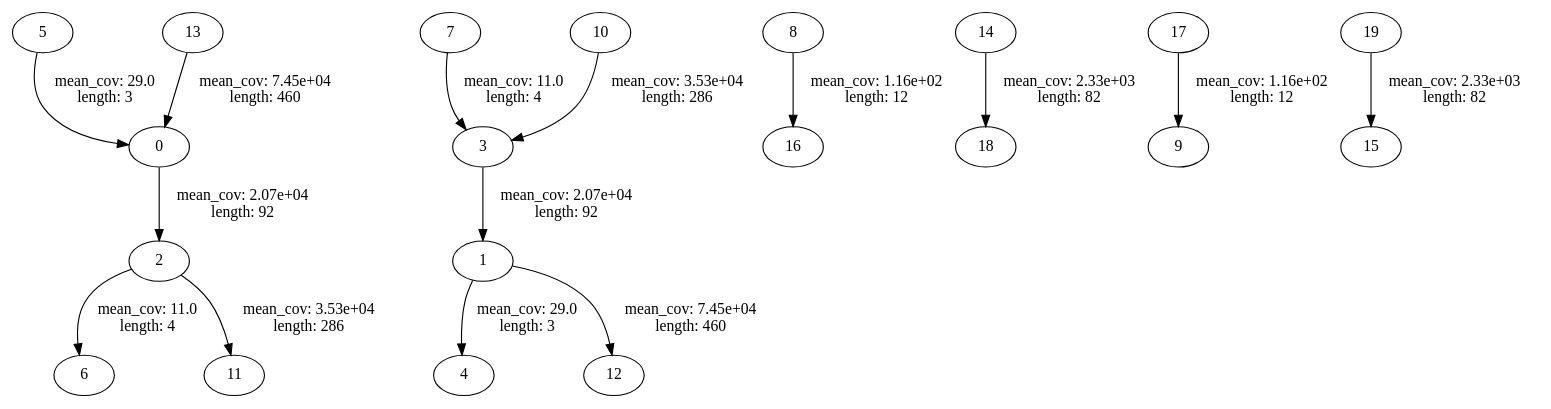
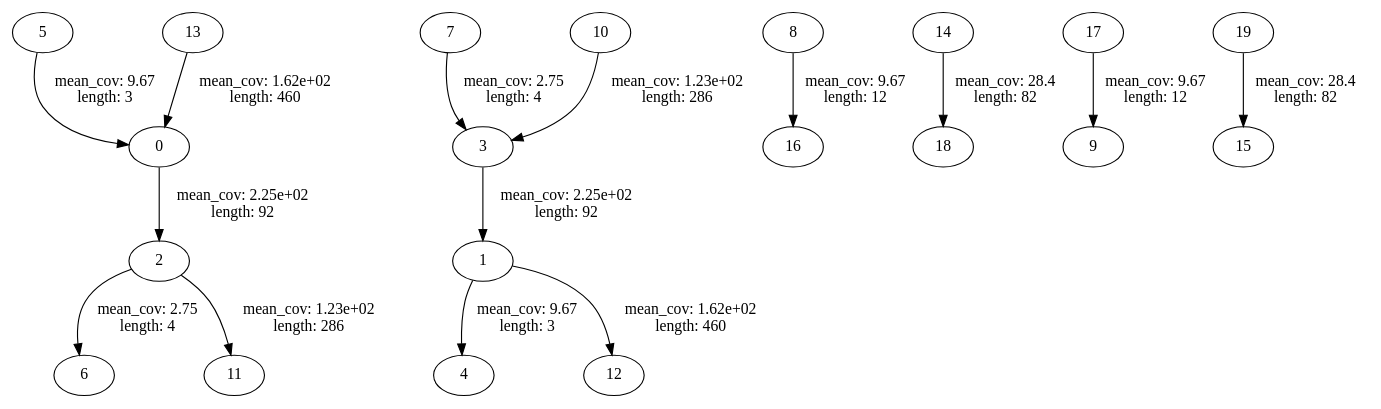
Before and after one commit to isheshukov/bioinf-ngs-course: the diagram in hw5/data/s_6.first1000.dot, drawn with Graphviz. The commit also changed 21 other files, not shown here.

```diff
--- a/hw5/data/s_6.first1000.dot
+++ b/hw5/data/s_6.first1000.dot
@@ -1,58 +1,58 @@
 strict digraph "" {
-	0 -> 2	 [label="mean_cov: 2.07e+04
+	0 -> 2	 [label="mean_cov: 2.25e+02
  length: 92",
 		length=92,
 		mean_cov=224.6195652173913];
-	1 -> 4	 [label="mean_cov: 29.0
+	1 -> 4	 [label="mean_cov: 9.67
  length: 3",
 		length=3,
 		mean_cov=9.666666666666666];
-	1 -> 12	 [label="mean_cov: 7.45e+04
+	1 -> 12	 [label="mean_cov: 1.62e+02
  length: 460",
 		length=460,
 		mean_cov=161.90652173913043];
-	2 -> 6	 [label="mean_cov: 11.0
+	2 -> 6	 [label="mean_cov: 2.75
  length: 4",
 		length=4,
 		mean_cov=2.75];
-	2 -> 11	 [label="mean_cov: 3.53e+04
+	2 -> 11	 [label="mean_cov: 1.23e+02
  length: 286",
 		length=286,
 		mean_cov=123.48251748251748];
-	3 -> 1	 [label="mean_cov: 2.07e+04
+	3 -> 1	 [label="mean_cov: 2.25e+02
  length: 92",
 		length=92,
 		mean_cov=224.6195652173913];
-	5 -> 0	 [label="mean_cov: 29.0
+	5 -> 0	 [label="mean_cov: 9.67
  length: 3",
 		length=3,
 		mean_cov=9.666666666666666];
-	7 -> 3	 [label="mean_cov: 11.0
+	7 -> 3	 [label="mean_cov: 2.75
  length: 4",
 		length=4,
 		mean_cov=2.75];
-	8 -> 16	 [label="mean_cov: 1.16e+02
+	8 -> 16	 [label="mean_cov: 9.67
  length: 12",
 		length=12,
 		mean_cov=9.666666666666666];
-	10 -> 3	 [label="mean_cov: 3.53e+04
+	10 -> 3	 [label="mean_cov: 1.23e+02
  length: 286",
 		length=286,
 		mean_cov=123.48251748251748];
-	13 -> 0	 [label="mean_cov: 7.45e+04
+	13 -> 0	 [label="mean_cov: 1.62e+02
  length: 460",
 		length=460,
 		mean_cov=161.90652173913043];
-	14 -> 18	 [label="mean_cov: 2.33e+03
+	14 -> 18	 [label="mean_cov: 28.4
  length: 82",
 		length=82,
 		mean_cov=28.414634146341463];
-	17 -> 9	 [label="mean_cov: 1.16e+02
+	17 -> 9	 [label="mean_cov: 9.67
  length: 12",
 		length=12,
 		mean_cov=9.666666666666666];
-	19 -> 15	 [label="mean_cov: 2.33e+03
+	19 -> 15	 [label="mean_cov: 28.4
  length: 82",
 		length=82,
 		mean_cov=28.414634146341463];
 }
```
